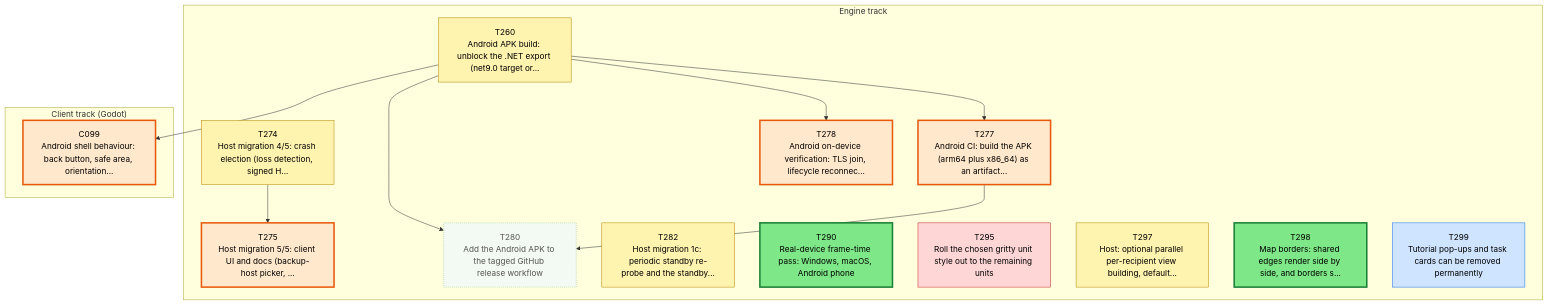
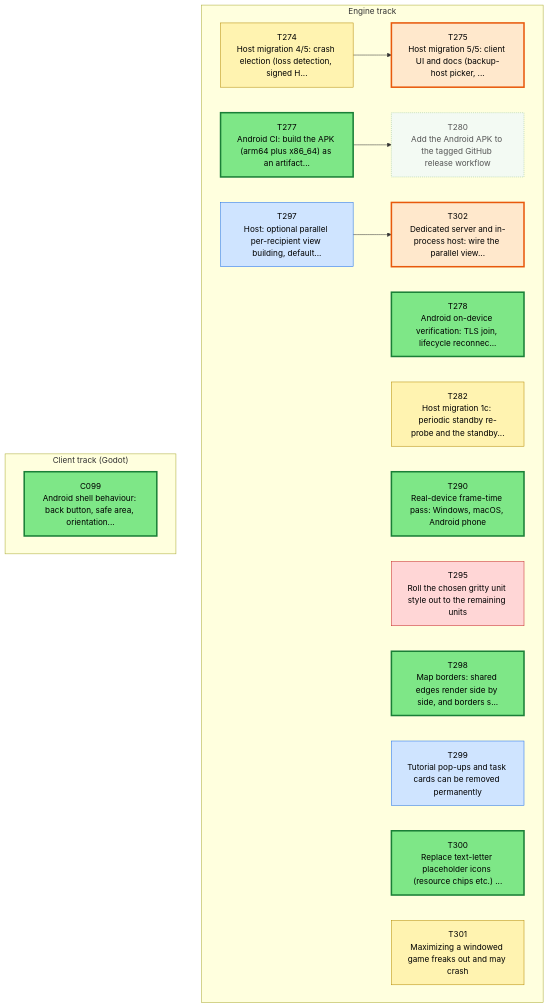
The first of 3 diagrams in csharp/migration/DEPENDENCY_MAP.md (Kenmura/Unciv), drawn with Mermaid before and after one commit. The commit also changed other lines of this file and 1 other file, not shown here.

Commit message:
migration: T299 -> In-Review [Claude]

````diff
--- a/csharp/migration/DEPENDENCY_MAP.md
+++ b/csharp/migration/DEPENDENCY_MAP.md
@@ -35,46 +35,47 @@
 ```mermaid
 flowchart TD
   subgraph TTRACK["Engine track"]
-    T260["T260<br/>Android APK build: unblock the .NET export (net9.0 target or..."]
     T274["T274<br/>Host migration 4/5: crash election (loss detection, signed H..."]
     T275["T275<br/>Host migration 5/5: client UI and docs (backup-host picker, ..."]
     T277["T277<br/>Android CI: build the APK (arm64 plus x86_64) as an artifact..."]
     T278["T278<br/>Android on-device verification: TLS join, lifecycle reconnec..."]
     T280["T280<br/>Add the Android APK to the tagged GitHub release workflow"]
     T282["T282<br/>Host migration 1c: periodic standby re-probe and the standby..."]
     T290["T290<br/>Real-device frame-time pass: Windows, macOS, Android phone"]
     T295["T295<br/>Roll the chosen gritty unit style out to the remaining units"]
     T297["T297<br/>Host: optional parallel per-recipient view building, default..."]
     T298["T298<br/>Map borders: shared edges render side by side, and borders s..."]
     T299["T299<br/>Tutorial pop-ups and task cards can be removed permanently"]
+    T300["T300<br/>Replace text-letter placeholder icons (resource chips etc.) ..."]
+    T301["T301<br/>Maximizing a windowed game freaks out and may crash"]
+    T302["T302<br/>Dedicated server and in-process host: wire the parallel view..."]
   end
   subgraph CTRACK["Client track (Godot)"]
     C099["C099<br/>Android shell behaviour: back button, safe area, orientation..."]
   end
   T274 --> T275
-  T260 --> T277
-  T260 --> T278
-  T260 --> T280
   T277 --> T280
-  T260 --> C099
+  T297 --> T302
   classDef waiting fill:#f3faf3,stroke:#9bc49b,color:#555,stroke-dasharray:2 2
   classDef ondeck fill:#ffe8cc,stroke:#e8590c,stroke-width:3px,color:#000
   classDef ready fill:#7ee787,stroke:#1a7f37,stroke-width:3px,color:#000
   classDef prog fill:#fff3b0,stroke:#b58900,color:#000
   classDef review fill:#cfe4ff,stroke:#1f6feb,color:#000
   classDef blocked fill:#ffd6d6,stroke:#c62828,color:#000
   classDef done fill:#eeeeee,stroke:#999999,color:#666,stroke-dasharray:4 3
-  class C099 ondeck
-  class T260 prog
+  class C099 ready
   class T274 prog
   class T275 ondeck
-  class T277 ondeck
-  class T278 ondeck
+  class T277 ready
+  class T278 ready
   class T280 waiting
   class T282 prog
   class T290 ready
   class T295 blocked
-  class T297 prog
+  class T297 review
   class T298 ready
   class T299 review
+  class T300 ready
+  class T301 prog
+  class T302 ondeck
 ```
````
